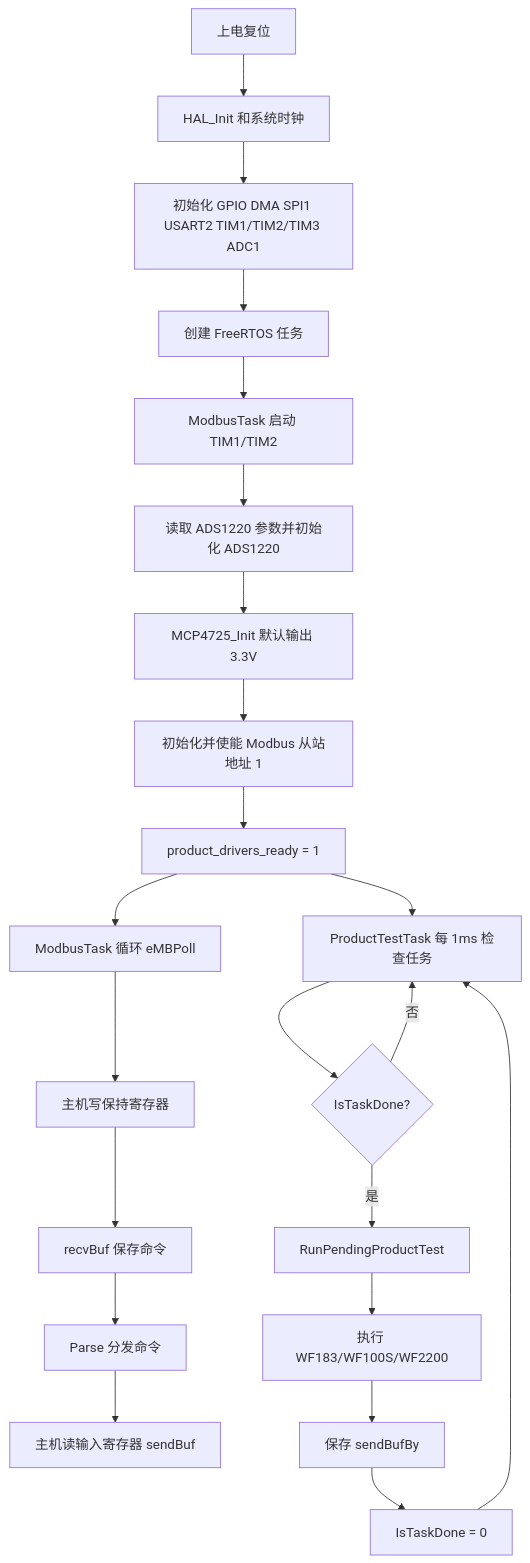
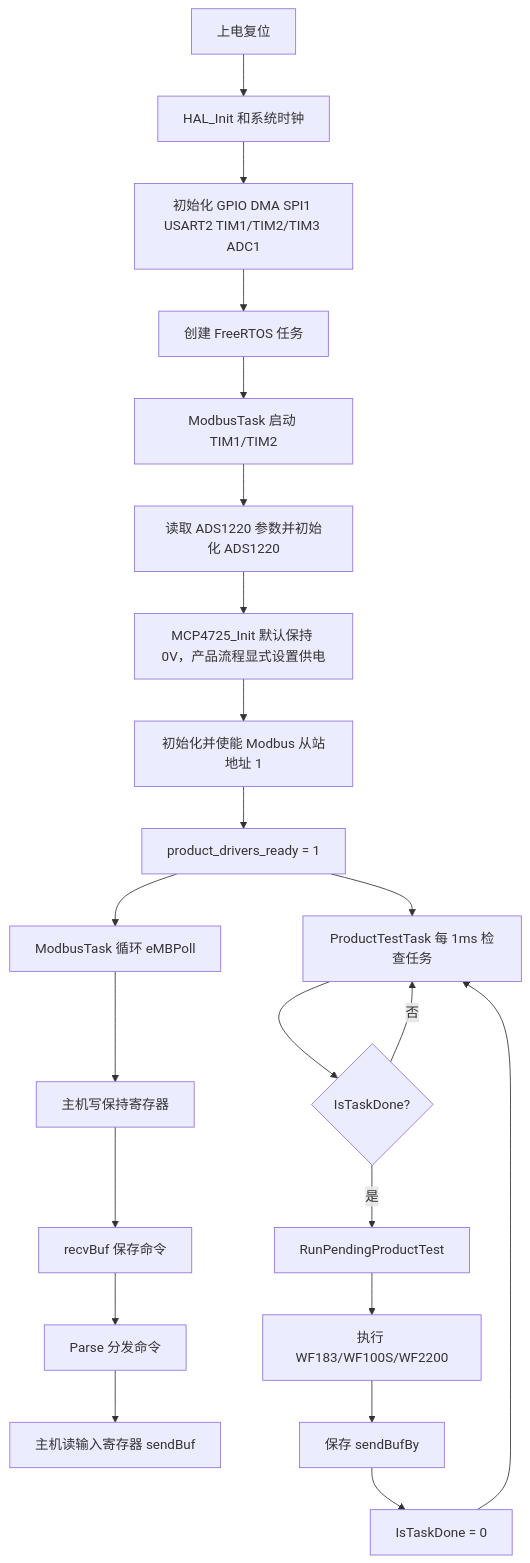
The second of 9 diagrams in ADC_New_20260612/TEST_FLOW.md (renletao/ADC), drawn with Mermaid before and after one commit. The commit also changed other lines of this file and 10 other files, not shown here.

````diff
--- a/ADC_New_20260612/TEST_FLOW.md
+++ b/ADC_New_20260612/TEST_FLOW.md
@@ -60,24 +64,24 @@
 ```mermaid
 flowchart TD
     A[上电复位] --> B[HAL_Init 和系统时钟]
     B --> C[初始化 GPIO DMA SPI1 USART2 TIM1/TIM2/TIM3 ADC1]
     C --> D[创建 FreeRTOS 任务]
     D --> E[ModbusTask 启动 TIM1/TIM2]
     E --> F[读取 ADS1220 参数并初始化 ADS1220]
-    F --> G[MCP4725_Init 默认输出 3.3V]
+    F --> G[MCP4725_Init 默认保持 0V，产品流程显式设置供电]
     G --> H[初始化并使能 Modbus 从站地址 1]
     H --> I[product_drivers_ready = 1]
     I --> J[ModbusTask 循环 eMBPoll]
     I --> K[ProductTestTask 每 1ms 检查任务]
     J --> L[主机写保持寄存器]
     L --> M[recvBuf 保存命令]
     M --> N[Parse 分发命令]
     N --> O[主机读输入寄存器 sendBuf]
     K --> P{IsTaskDone?}
     P -- 否 --> K
     P -- 是 --> Q[RunPendingProductTest]
     Q --> R[执行 WF183/WF100S/WF2200]
     R --> S[保存 sendBufBy]
     S --> T[IsTaskDone = 0]
     T --> K
 ```
````
